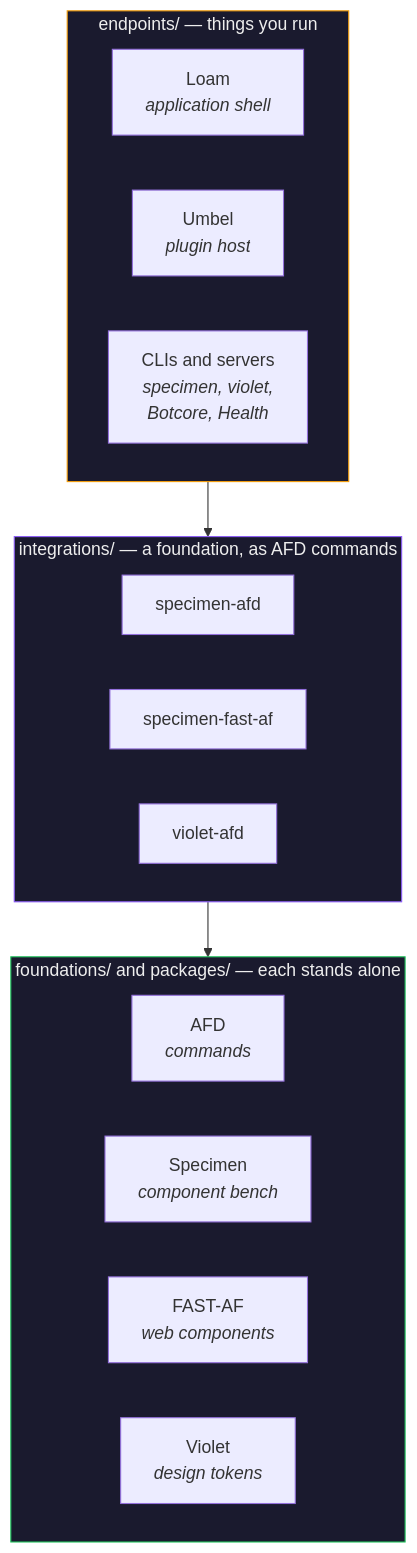
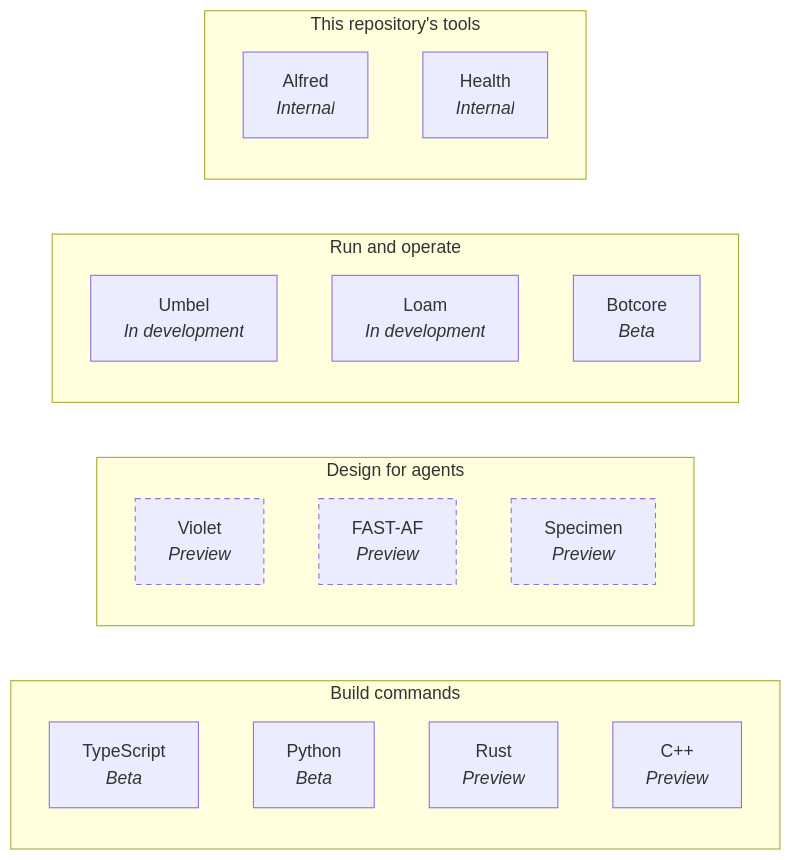
Before and after one commit to lushly-dev/afd: the fourth of 4 diagrams in README.md, drawn with Mermaid. The commit also changed other lines of this file and 33 other files, not shown here.

````diff
--- a/README.md
+++ b/README.md
@@ -505,30 +508,29 @@
 ```mermaid
-graph TB
-    subgraph Endpoints["endpoints/ — things you run"]
-        direction LR
-        Loam["Loam<br/><em>application shell</em>"]
-        Umbel["Umbel<br/><em>plugin host</em>"]
-        Tools["CLIs and servers<br/><em>specimen, violet,<br/>Botcore, Health</em>"]
+graph LR
+    subgraph build["Build commands"]
+        direction TB
+        typescript["TypeScript<br/><em>Beta</em>"]
+        python["Python<br/><em>Beta</em>"]
+        rust["Rust<br/><em>Preview</em>"]
+        cpp["C++<br/><em>Preview</em>"]
     end
-
-    subgraph Integrations["integrations/ — a foundation, as AFD commands"]
-        direction LR
-        SA["specimen-afd"]
-        SF["specimen-fast-af"]
-        VA["violet-afd"]
+    subgraph design["Design for agents"]
+        direction TB
+        violet["Violet<br/><em>Preview</em>"]
+        fastaf["FAST-AF<br/><em>Preview</em>"]
+        specimen["Specimen<br/><em>Preview</em>"]
     end
-
-    subgraph Foundations["foundations/ and packages/ — each stands alone"]
-        direction LR
-        AFD["AFD<br/><em>commands</em>"]
-        Specimen["Specimen<br/><em>component bench</em>"]
-        FastAF["FAST-AF<br/><em>web components</em>"]
-        Violet["Violet<br/><em>design tokens</em>"]
+    subgraph run["Run and operate"]
+        direction TB
+        umbel["Umbel<br/><em>In development</em>"]
+        loam["Loam<br/><em>In development</em>"]
+        botcore["Botcore<br/><em>Beta</em>"]
     end
-
-    Endpoints --> Integrations --> Foundations
-
-    style Endpoints fill:#1a1a2e,stroke:#f59e0b,color:#eee
-    style Integrations fill:#1a1a2e,stroke:#8b5cf6,color:#eee
-    style Foundations fill:#1a1a2e,stroke:#22c55e,color:#eee
+    subgraph tools["This repository's tools"]
+        direction TB
+        alfred["Alfred<br/><em>Internal</em>"]
+        health["Health<br/><em>Internal</em>"]
+    end
+    classDef standalone stroke-dasharray: 5 4
+    class violet,fastaf,specimen standalone
 ```
````
